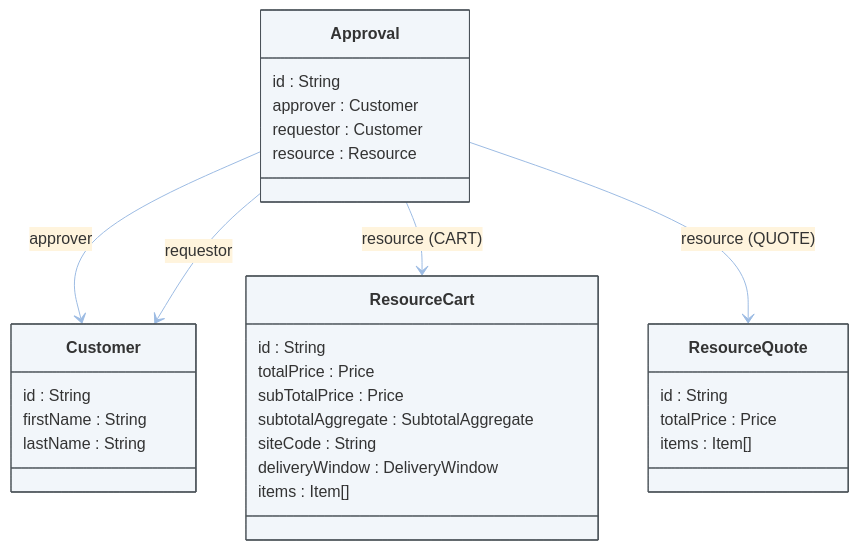
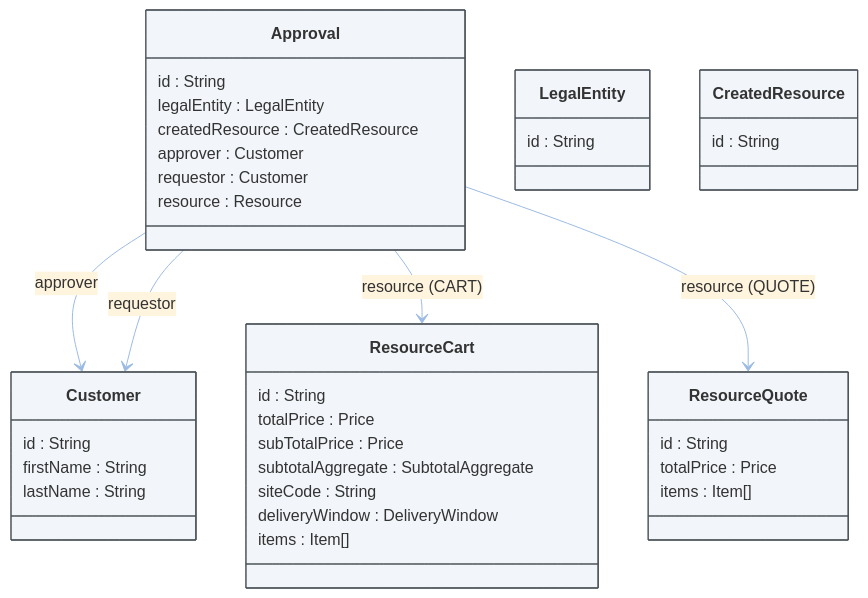
The first of 7 diagrams in companies-and-customers/approval-service/approval.md (emporix/api-references), drawn with Mermaid before and after one commit. The commit also changed other lines of this file and 3 other files, not shown here.

````diff
--- a/companies-and-customers/approval-service/approval.md
+++ b/companies-and-customers/approval-service/approval.md
@@ -37,56 +37,70 @@
 ```mermaid
 ---
 config:
   layout: fixed
   theme: base
   look: classic
   themeVariables:
     background: transparent
     lineColor: "#9CBBE3"
     arrowheadColor: "#9CBBE3"
     
 ---
 classDiagram
     class Approval {
         id : String
+        legalEntity : LegalEntity
+        createdResource : CreatedResource
         approver : Customer
         requestor : Customer
         resource : Resource
+    }
+
+    class LegalEntity {
+        id : String
+    }
+
+    class CreatedResource {
+        id : String
     }
 
     class Customer {
         id : String
         firstName : String
         lastName : String
     }
 
     class ResourceCart {
         id : String
         totalPrice : Price
         subTotalPrice : Price
         subtotalAggregate : SubtotalAggregate
         siteCode : String
         deliveryWindow : DeliveryWindow
         items : Item[]
     }
 
     class ResourceQuote {
         id : String
         totalPrice : Price
         items : Item[]
     }
 
     Approval --> Customer : approver
     Approval --> Customer : requestor
     Approval --> ResourceCart : resource (CART)
     Approval --> ResourceQuote : resource (QUOTE)
 
     class Approval
+    class LegalEntity
+    class CreatedResource
     class Customer
     class ResourceCart
     class ResourceQuote
     style Approval fill:#F2F6FA, stroke:#4C5359
     style Customer fill:#F2F6FA, stroke:#4C5359
     style ResourceCart fill:#F2F6FA, stroke:#4C5359
     style ResourceQuote fill:#F2F6FA, stroke:#4C5359
+    style LegalEntity fill:#F2F6FA, stroke:#4C5359
+    style CreatedResource fill:#F2F6FA, stroke:#4C5359
   ```
````
